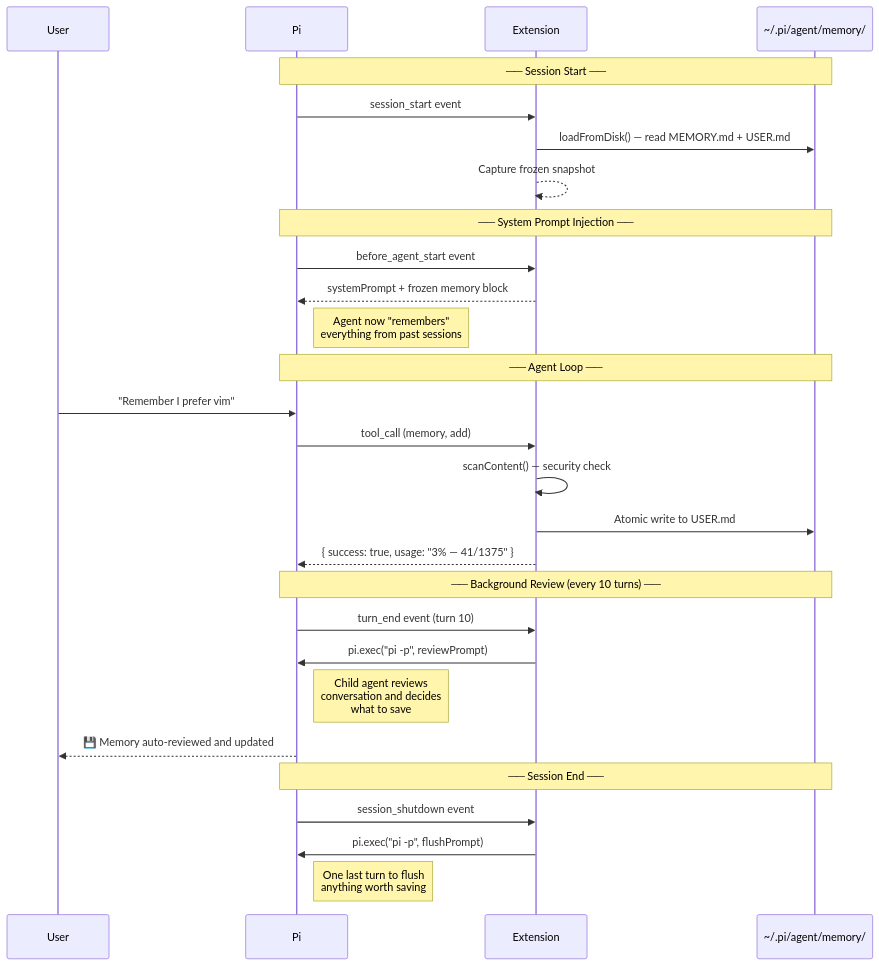
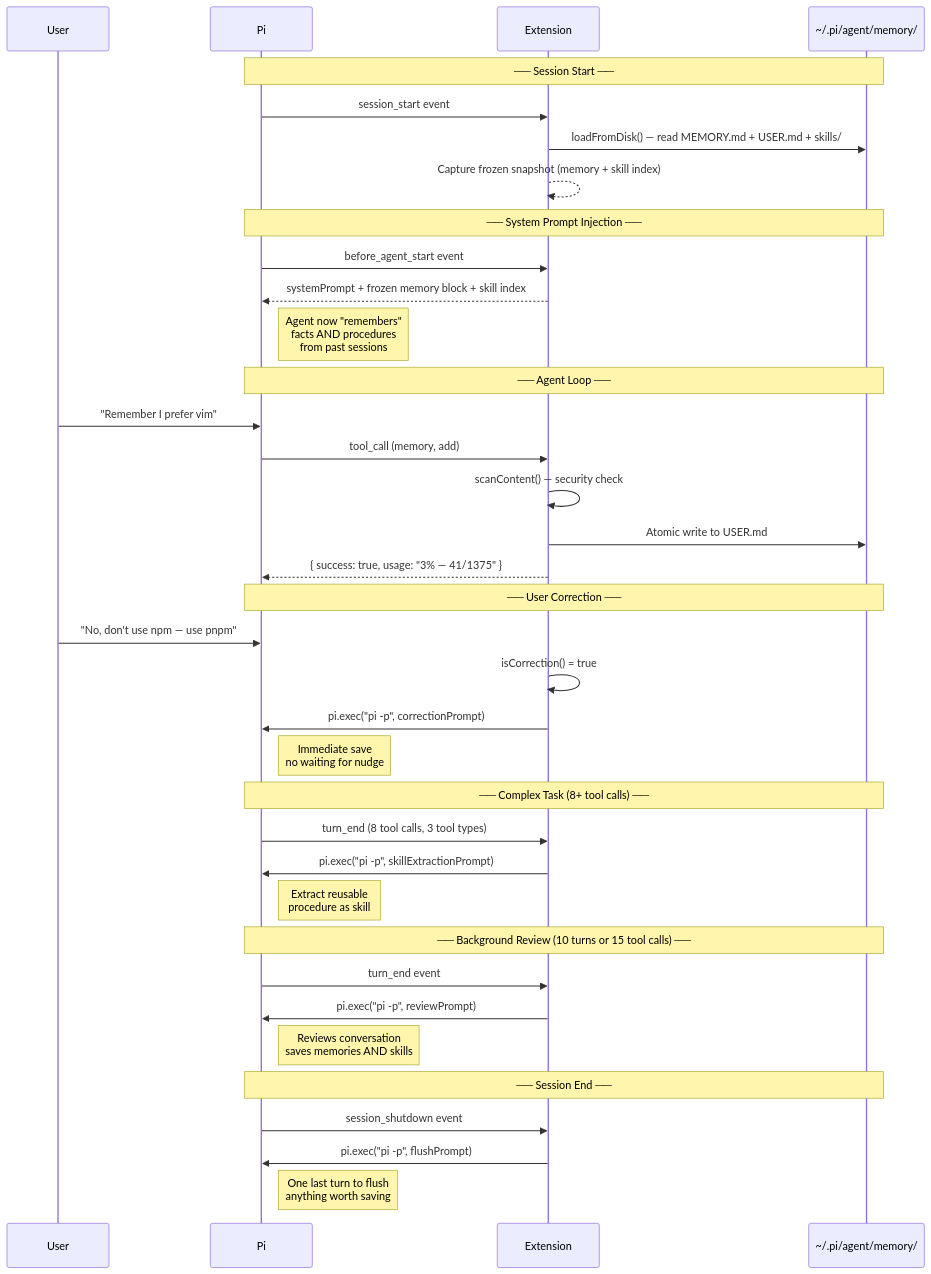
The first of 4 diagrams in README.md (chandra447/pi-hermes-memory), drawn with Mermaid before and after one commit. The commit also changed other lines of this file and 26 other files, not shown here.

````diff
--- a/README.md
+++ b/README.md
@@ -20,35 +23,45 @@
 ```mermaid
 sequenceDiagram
     participant User
     participant Pi
     participant Extension
     participant Disk as ~/.pi/agent/memory/
 
     Note over Pi,Disk: ── Session Start ──
     Pi->>Extension: session_start event
-    Extension->>Disk: loadFromDisk() — read MEMORY.md + USER.md
-    Extension-->>Extension: Capture frozen snapshot
+    Extension->>Disk: loadFromDisk() — read MEMORY.md + USER.md + skills/
+    Extension-->>Extension: Capture frozen snapshot (memory + skill index)
 
     Note over Pi,Disk: ── System Prompt Injection ──
     Pi->>Extension: before_agent_start event
-    Extension-->>Pi: systemPrompt + frozen memory block
-    Note right of Pi: Agent now "remembers"<br/>everything from past sessions
+    Extension-->>Pi: systemPrompt + frozen memory block + skill index
+    Note right of Pi: Agent now "remembers"<br/>facts AND procedures<br/>from past sessions
 
     Note over Pi,Disk: ── Agent Loop ──
     User->>Pi: "Remember I prefer vim"
     Pi->>Extension: tool_call (memory, add)
     Extension->>Extension: scanContent() — security check
     Extension->>Disk: Atomic write to USER.md
     Extension-->>Pi: { success: true, usage: "3% — 41/1375" }
 
-    Note over Pi,Disk: ── Background Review (every 10 turns) ──
-    Pi->>Extension: turn_end event (turn 10)
+    Note over Pi,Disk: ── User Correction ──
+    User->>Pi: "No, don't use npm — use pnpm"
+    Extension->>Extension: isCorrection() = true
+    Extension->>Pi: pi.exec("pi -p", correctionPrompt)
+    Note right of Pi: Immediate save<br/>no waiting for nudge
+
+    Note over Pi,Disk: ── Complex Task (8+ tool calls) ──
+    Pi->>Extension: turn_end (8 tool calls, 3 tool types)
+    Extension->>Pi: pi.exec("pi -p", skillExtractionPrompt)
+    Note right of Pi: Extract reusable<br/>procedure as skill
+
+    Note over Pi,Disk: ── Background Review (10 turns or 15 tool calls) ──
+    Pi->>Extension: turn_end event
     Extension->>Pi: pi.exec("pi -p", reviewPrompt)
-    Note right of Pi: Child agent reviews<br/>conversation and decides<br/>what to save
-    Pi-->>User: 💾 Memory auto-reviewed and updated
+    Note right of Pi: Reviews conversation<br/>saves memories AND skills
 
     Note over Pi,Disk: ── Session End ──
     Pi->>Extension: session_shutdown event
     Extension->>Pi: pi.exec("pi -p", flushPrompt)
     Note right of Pi: One last turn to flush<br/>anything worth saving
 ```
````
